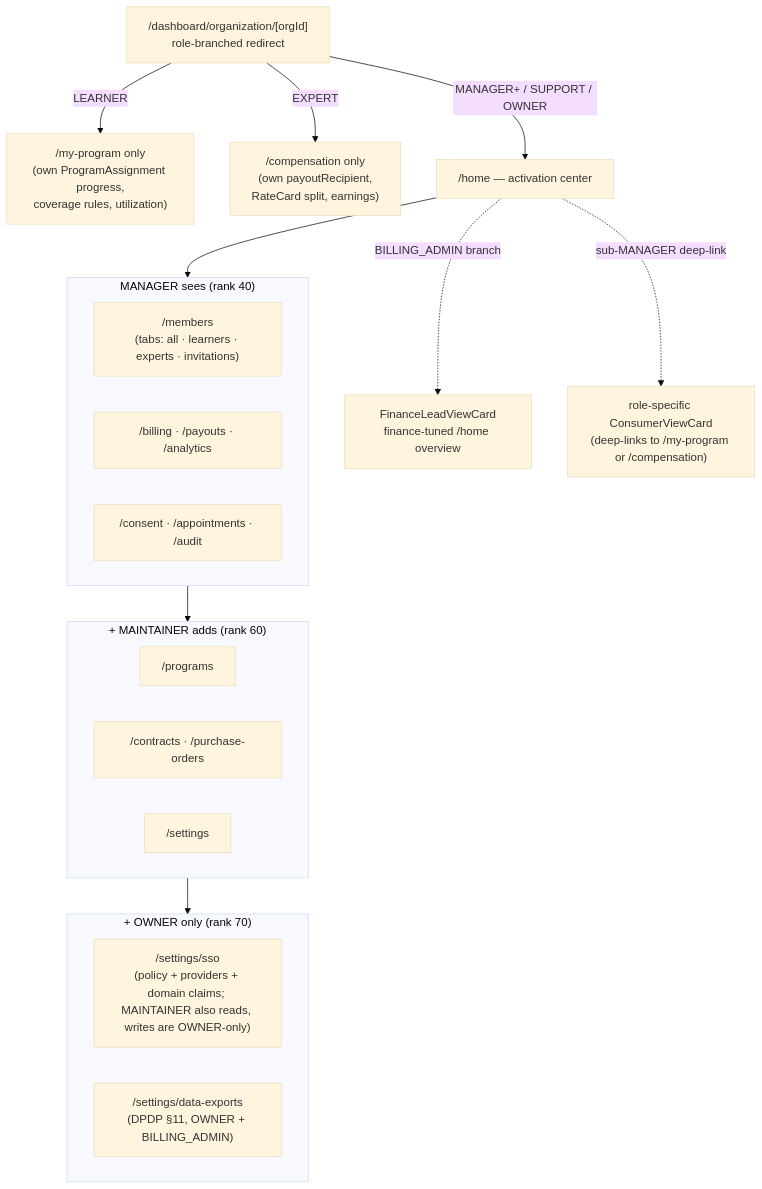
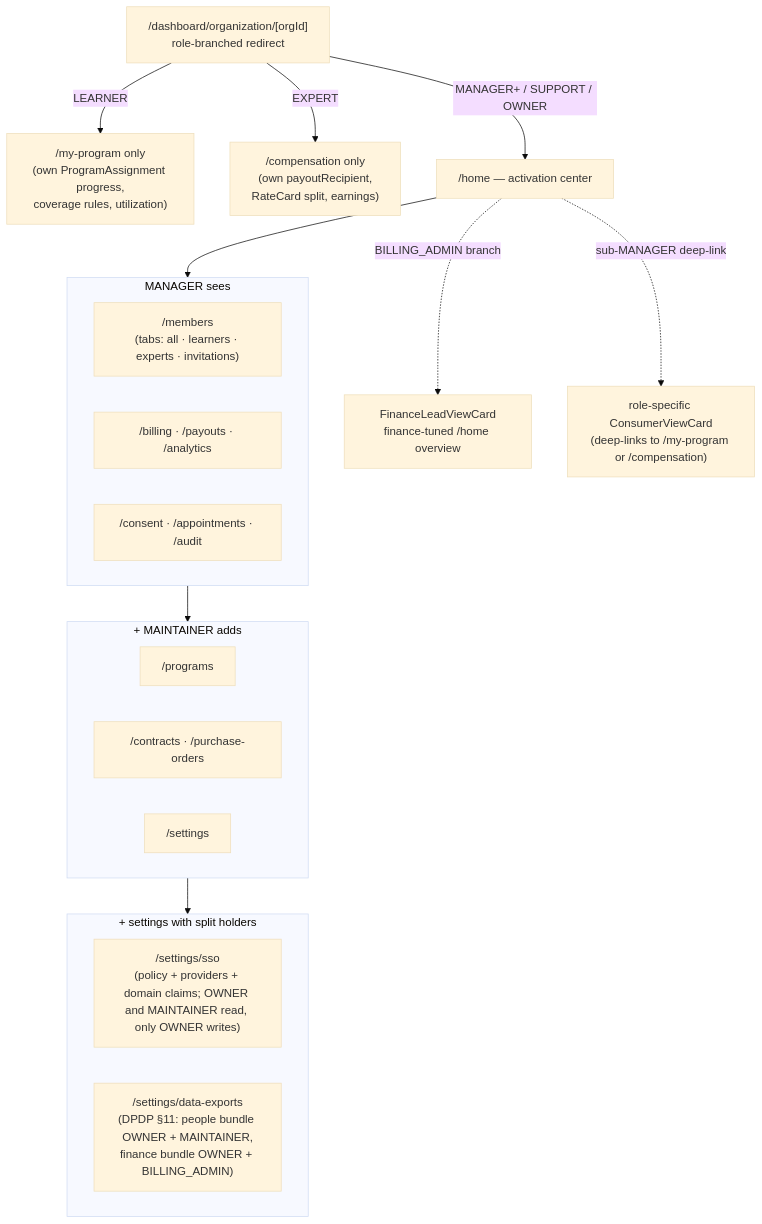
The diagram in docs/enterprise/30-programs-and-lifecycle/04-dashboard-pages.md (Practitionist/familiarise_web), drawn with Mermaid (base theme) before and after one commit. The commit also changed 8 other files, not shown here.

````diff
--- a/docs/enterprise/30-programs-and-lifecycle/04-dashboard-pages.md
+++ b/docs/enterprise/30-programs-and-lifecycle/04-dashboard-pages.md
@@ -219,29 +219,29 @@
 ```mermaid
 flowchart TD
   ENTRY["/dashboard/organization/[orgId]<br/>role-branched redirect"]
   ENTRY -->|LEARNER| LRN["/my-program only<br/>(own ProgramAssignment progress,<br/>coverage rules, utilization)"]
   ENTRY -->|EXPERT| EXP["/compensation only<br/>(own payoutRecipient,<br/>RateCard split, earnings)"]
   ENTRY -->|MANAGER+ / SUPPORT / OWNER| HOME["/home — activation center"]
 
-  subgraph MGR["MANAGER sees (rank 40)"]
+  subgraph MGR["MANAGER sees"]
     direction LR
     M1["/members<br/>(tabs: all · learners · experts · invitations)"]
     M2["/billing · /payouts · /analytics"]
     M3["/consent · /appointments · /audit"]
   end
-  subgraph MNT["+ MAINTAINER adds (rank 60)"]
+  subgraph MNT["+ MAINTAINER adds"]
     direction LR
     T1["/programs"]
     T2["/contracts · /purchase-orders"]
     T3["/settings"]
   end
-  subgraph OWN["+ OWNER only (rank 70)"]
+  subgraph OWN["+ settings with split holders"]
     direction LR
-    O1["/settings/sso<br/>(policy + providers + domain claims; MAINTAINER also reads, writes are OWNER-only)"]
-    O2["/settings/data-exports<br/>(DPDP §11, OWNER + BILLING_ADMIN)"]
+    O1["/settings/sso<br/>(policy + providers + domain claims; OWNER and MAINTAINER read, only OWNER writes)"]
+    O2["/settings/data-exports<br/>(DPDP §11: people bundle OWNER + MAINTAINER,<br/>finance bundle OWNER + BILLING_ADMIN)"]
   end
   HOME --> MGR --> MNT --> OWN
 
   HOME -.->|BILLING_ADMIN branch| FIN["FinanceLeadViewCard<br/>finance-tuned /home overview"]
   HOME -.->|sub-MANAGER deep-link| CON["role-specific ConsumerViewCard<br/>(deep-links to /my-program or /compensation)"]
 ```
````
